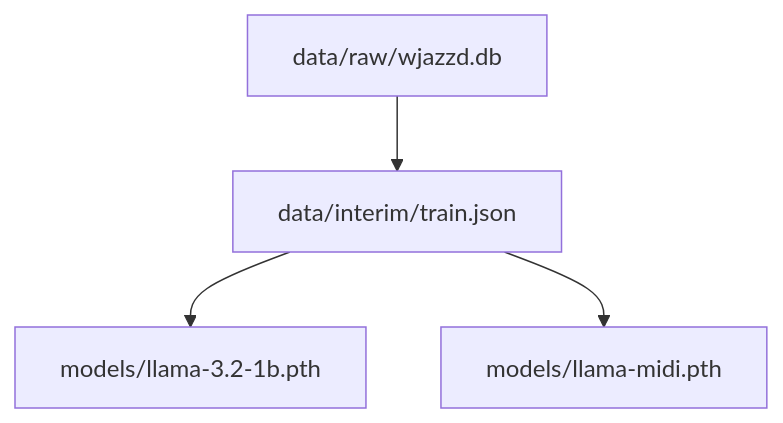
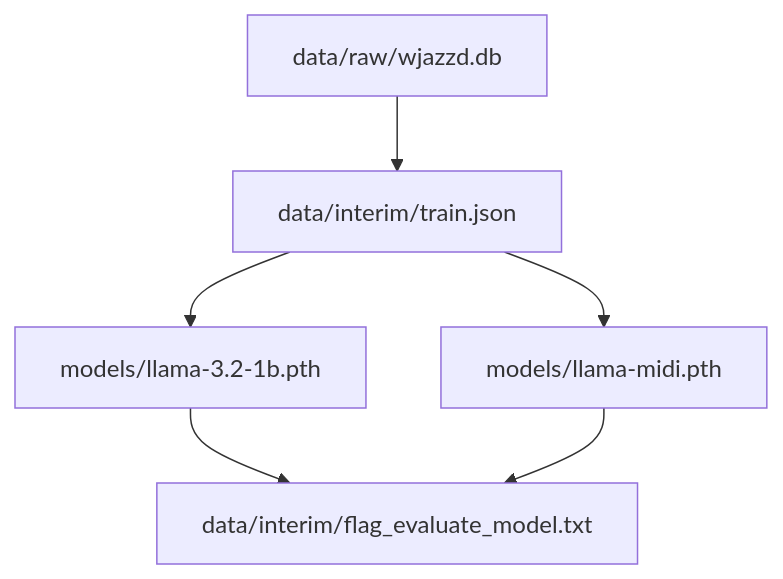
The second of 2 diagrams in PIPELINE.md (u-masao/melody-flow), drawn with Mermaid before and after one commit. The commit also changed other lines of this file, not shown here.

Commit message:
update pipeline

````diff
--- a/PIPELINE.md
+++ b/PIPELINE.md
@@ -18,10 +21,13 @@
 ```mermaid
 flowchart TD
-	node1["data/interim/train.json"]
-	node2["data/raw/wjazzd.db"]
-	node3["models/llama-3.2-1b.pth"]
-	node4["models/llama-midi.pth"]
-	node1-->node3
-	node1-->node4
-	node2-->node1
+	node1["data/interim/flag_evaluate_model.txt"]
+	node2["data/interim/train.json"]
+	node3["data/raw/wjazzd.db"]
+	node4["models/llama-3.2-1b.pth"]
+	node5["models/llama-midi.pth"]
+	node2-->node4
+	node2-->node5
+	node3-->node2
+	node4-->node1
+	node5-->node1
 ```
````
